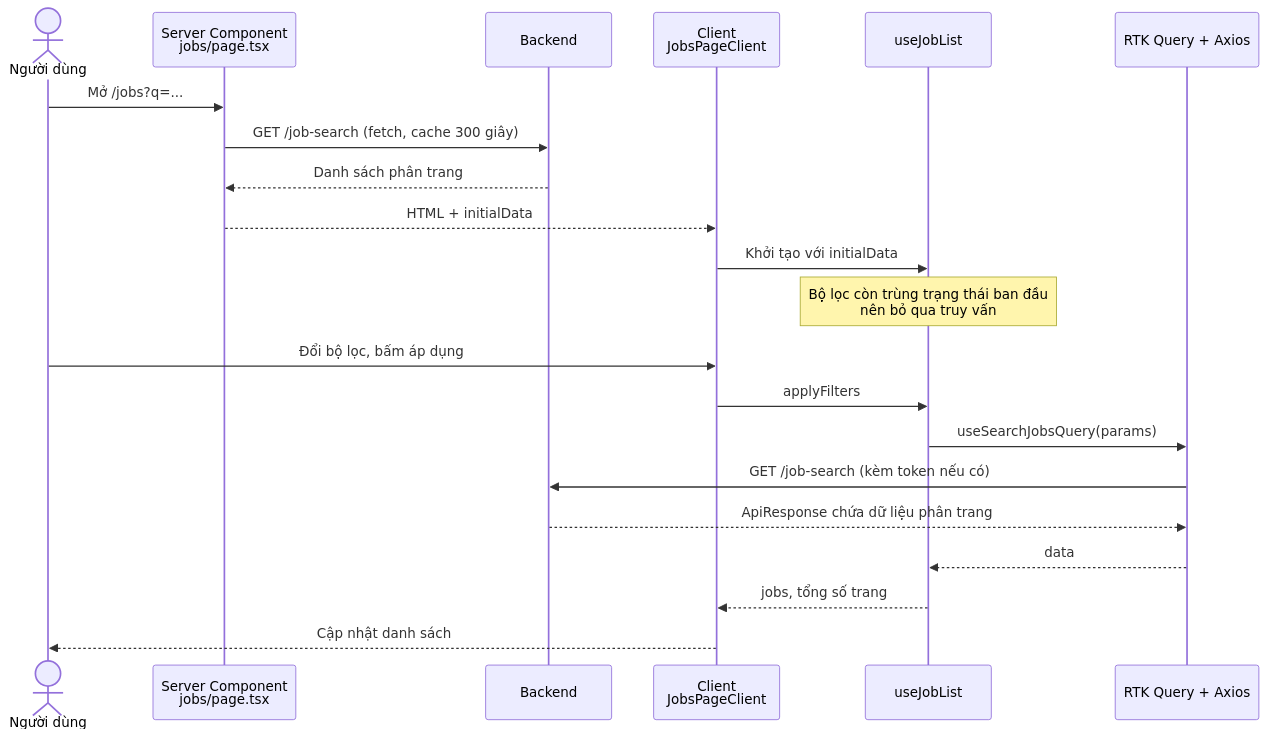
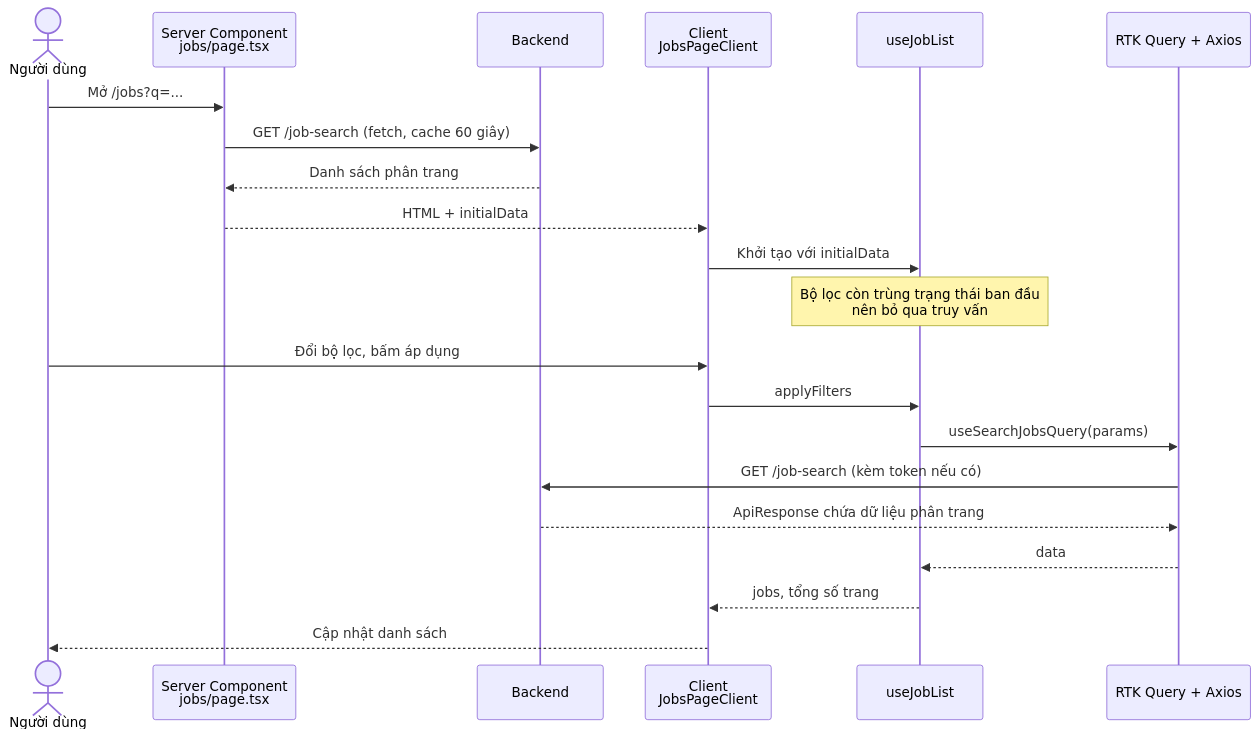
Before and after one commit to QuocDuy21-10/it-job-portal-fe: the first of 2 diagrams in docs/02-architecture/diagrams/data-flow.md, drawn with Mermaid. The commit also changed 16 other files, not shown here.

````diff
--- a/docs/02-architecture/diagrams/data-flow.md
+++ b/docs/02-architecture/diagrams/data-flow.md
@@ -7,24 +7,24 @@
 ```mermaid
 sequenceDiagram
     actor U as Người dùng
     participant S as Server Component<br/>jobs/page.tsx
     participant B as Backend
     participant C as Client<br/>JobsPageClient
     participant H as useJobList
     participant Q as RTK Query + Axios
 
     U->>S: Mở /jobs?q=...
-    S->>B: GET /job-search (fetch, cache 300 giây)
+    S->>B: GET /job-search (fetch, cache 60 giây)
     B-->>S: Danh sách phân trang
     S-->>C: HTML + initialData
     C->>H: Khởi tạo với initialData
     Note over H: Bộ lọc còn trùng trạng thái ban đầu<br/>nên bỏ qua truy vấn
     U->>C: Đổi bộ lọc, bấm áp dụng
     C->>H: applyFilters
     H->>Q: useSearchJobsQuery(params)
     Q->>B: GET /job-search (kèm token nếu có)
     B-->>Q: ApiResponse chứa dữ liệu phân trang
     Q-->>H: data
     H-->>C: jobs, tổng số trang
     C-->>U: Cập nhật danh sách
 ```
````
